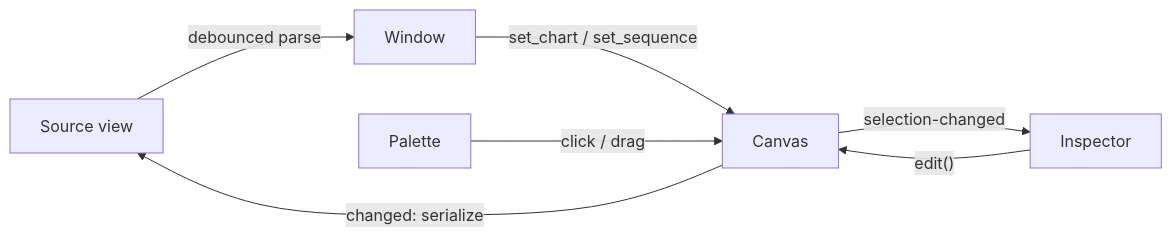
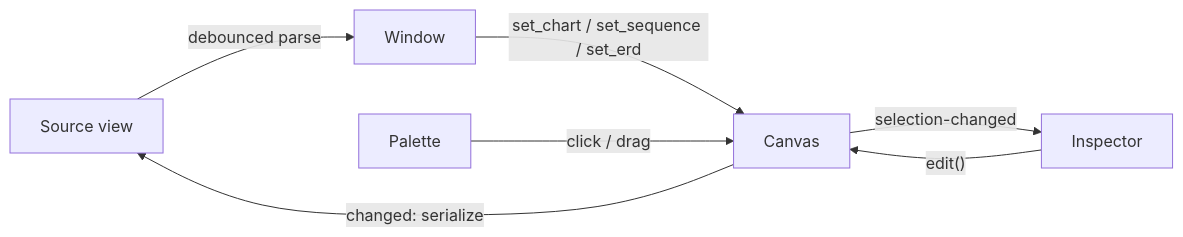
The diagram in docs/ARCHITECTURE.md (brpaz/reefgraph), drawn with Mermaid before and after one commit. The commit also changed other lines of this file and 2 other files, not shown here.

Commit message:
docs: document entity relationship diagram editing

````diff
--- a/docs/ARCHITECTURE.md
+++ b/docs/ARCHITECTURE.md
@@ -34,9 +38,9 @@
 ```mermaid
 flowchart LR
     Text[Source view] -- "debounced parse" --> Window
-    Window -- "set_chart / set_sequence" --> Canvas
+    Window -- "set_chart / set_sequence / set_erd" --> Canvas
     Canvas -- "changed: serialize" --> Text
     Palette -- "click / drag" --> Canvas
     Inspector -- "edit()" --> Canvas
     Canvas -- "selection-changed" --> Inspector
 ```
````
